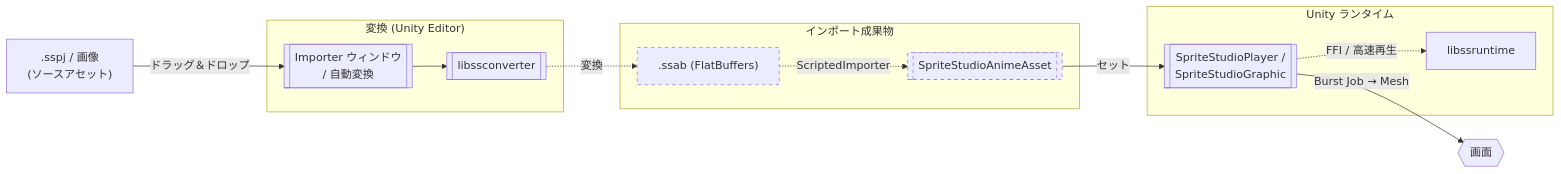
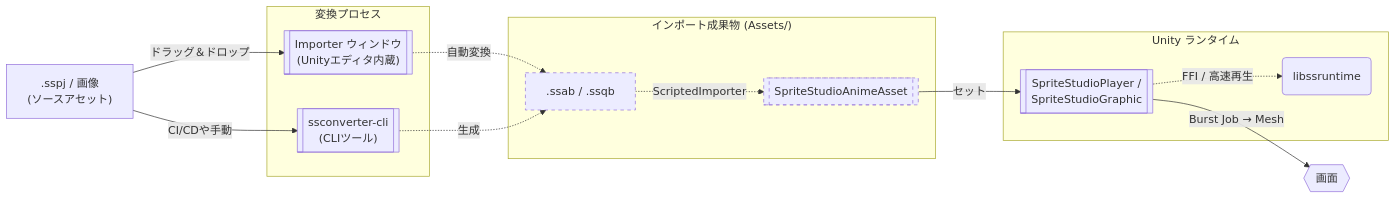
One commit to cri-middleware/SSPlayerForUnity changed the diagram in docs/ja/index.md. Above: the diagram before and after it, drawn with Mermaid. The commit also changed other lines of this file and 4 other files, not shown here.

````diff
--- a/docs/ja/index.md
+++ b/docs/ja/index.md
@@ -36,30 +36,32 @@
 ```mermaid
 graph LR
-    SS[".sspj / 画像<br>(ソースアセット)"]
+    SS[" .sspj / 画像<br>(ソースアセット) "]
 
-    subgraph Convert ["変換 (Unity Editor)"]
-        IMP[["Importer ウィンドウ<br>/ 自動変換"]]
-        CONV[["libssconverter"]]
+    subgraph Convert ["変換プロセス"]
+        IMP[[" Importer ウィンドウ<br>(Unityエディタ内蔵) "]]
+        CLI[[" ssconverter-cli<br>(CLIツール) "]]
     end
 
-    subgraph Asset ["インポート成果物"]
-        BIN[".ssab (FlatBuffers)"]
-        SO[["SpriteStudioAnimeAsset"]]
+    subgraph Asset ["インポート成果物 (Assets/)"]
+        BIN[" .ssab / .ssqb "]
+        SO[[ SpriteStudioAnimeAsset ]]
     end
 
     subgraph Runtime ["Unity ランタイム"]
-        NODE[["SpriteStudioPlayer /<br>SpriteStudioGraphic"]]
-        RT["libssruntime"]
+        NODE[[ SpriteStudioPlayer /<br>SpriteStudioGraphic ]]
+        RT(" libssruntime ")
     end
 
     SS -- "ドラッグ＆ドロップ" --> IMP
-    IMP --> CONV
-    CONV -. "変換" .-> BIN
+    SS -- "CI/CDや手動" --> CLI
+    IMP -. "自動変換" .-> BIN
+    CLI -. "生成" .-> BIN
+
     BIN -. "ScriptedImporter" .-> SO
     SO -- "セット" --> NODE
     NODE -. "FFI / 高速再生" .-> RT
-    NODE -- "Burst Job → Mesh" --> RENDER{{"画面"}}
+    NODE -- "Burst Job → Mesh" --> RENDER{{" 画面 "}}
 
     classDef generated stroke-dasharray: 5 5;
     class BIN,SO generated;
 ```
````
